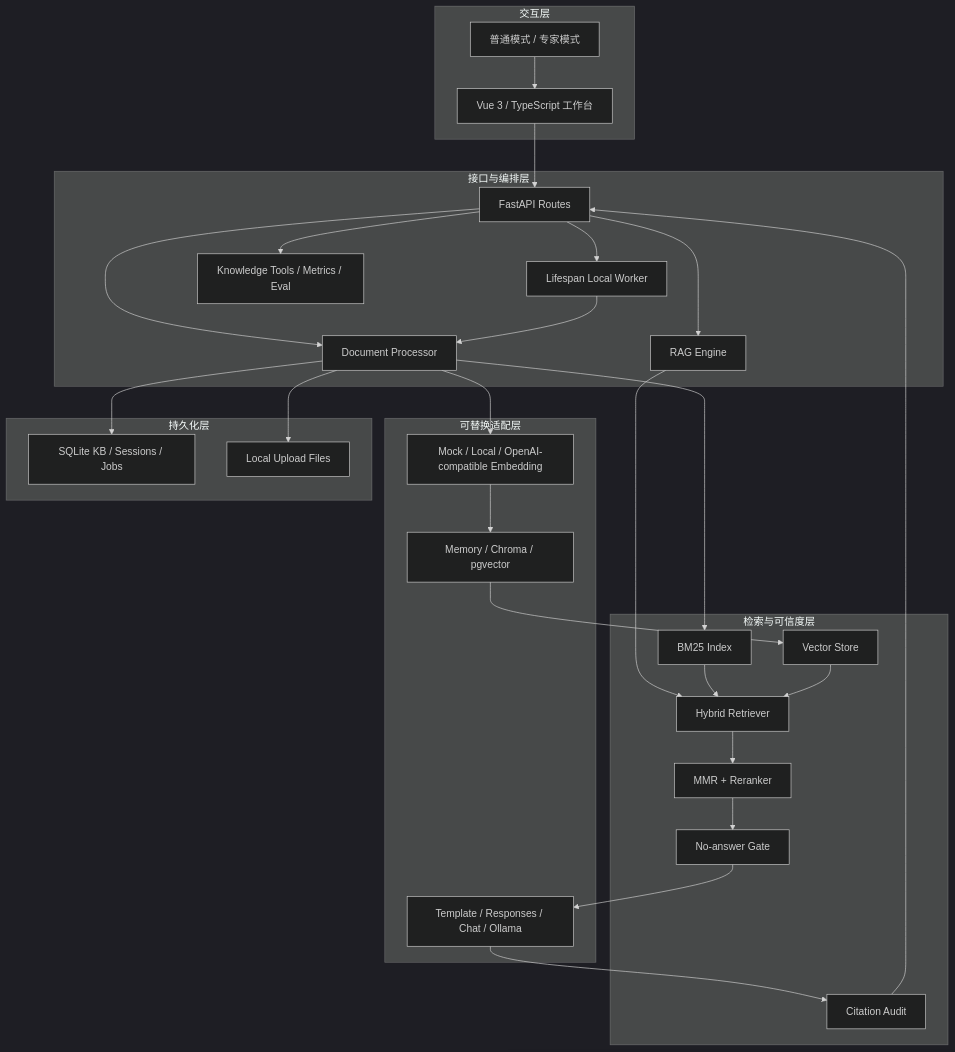
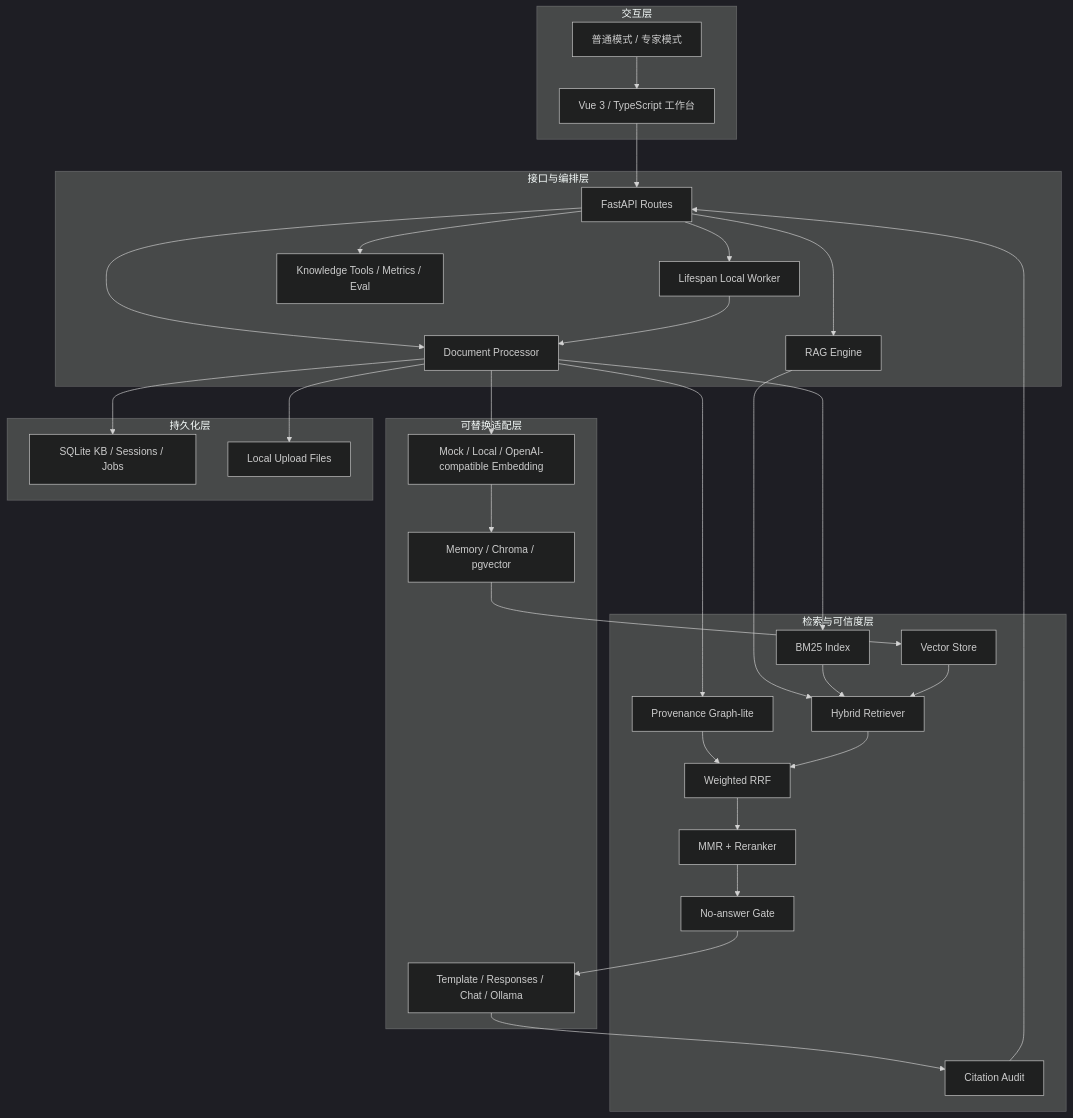
One commit to 728792899-create/personal-multimodal-rag changed the first of 6 diagrams in docs/architecture.md. Above: the diagram before and after it, drawn with Mermaid (dark theme). The commit also changed other lines of this file and 43 other files, not shown here.

Commit message:
feat: add provenance graph retrieval and multimodal enrichment

````diff
--- a/docs/architecture.md
+++ b/docs/architecture.md
@@ -11,54 +11,59 @@
 ```mermaid
 flowchart TB
   subgraph UI["交互层"]
     WORKBENCH["Vue 3 / TypeScript 工作台"]
     MODES["普通模式 / 专家模式"]
   end
 
   subgraph API["接口与编排层"]
     FASTAPI["FastAPI Routes"]
     WORKER["Lifespan Local Worker"]
     PROCESSOR["Document Processor"]
     ENGINE["RAG Engine"]
     TOOLS["Knowledge Tools / Metrics / Eval"]
   end
 
   subgraph RETRIEVAL["检索与可信度层"]
     BM25["BM25 Index"]
     VECTOR["Vector Store"]
     HYBRID["Hybrid Retriever"]
     RERANK["MMR + Reranker"]
     GATE["No-answer Gate"]
     AUDIT["Citation Audit"]
+    GRAPH["Provenance Graph-lite"]
+    RRF["Weighted RRF"]
   end
 
   subgraph ADAPTERS["可替换适配层"]
     EMBED["Mock / Local / OpenAI-compatible Embedding"]
     STORE["Memory / Chroma / pgvector"]
     ANSWER["Template / Responses / Chat / Ollama"]
   end
 
   subgraph PERSIST["持久化层"]
     REGISTRY["SQLite KB / Sessions / Jobs"]
     UPLOADS["Local Upload Files"]
   end
 
   WORKBENCH --> FASTAPI
   MODES --> WORKBENCH
   FASTAPI --> PROCESSOR
   FASTAPI --> WORKER
   WORKER --> PROCESSOR
   FASTAPI --> ENGINE
   FASTAPI --> TOOLS
   PROCESSOR --> REGISTRY
   PROCESSOR --> UPLOADS
   PROCESSOR --> BM25
+  PROCESSOR --> GRAPH
   PROCESSOR --> EMBED
   EMBED --> STORE
   STORE --> VECTOR
   ENGINE --> HYBRID
+  GRAPH --> RRF
+  HYBRID --> RRF
   BM25 --> HYBRID
   VECTOR --> HYBRID
-  HYBRID --> RERANK --> GATE
+  RRF --> RERANK --> GATE
   GATE --> ANSWER --> AUDIT --> FASTAPI
 ```
````
